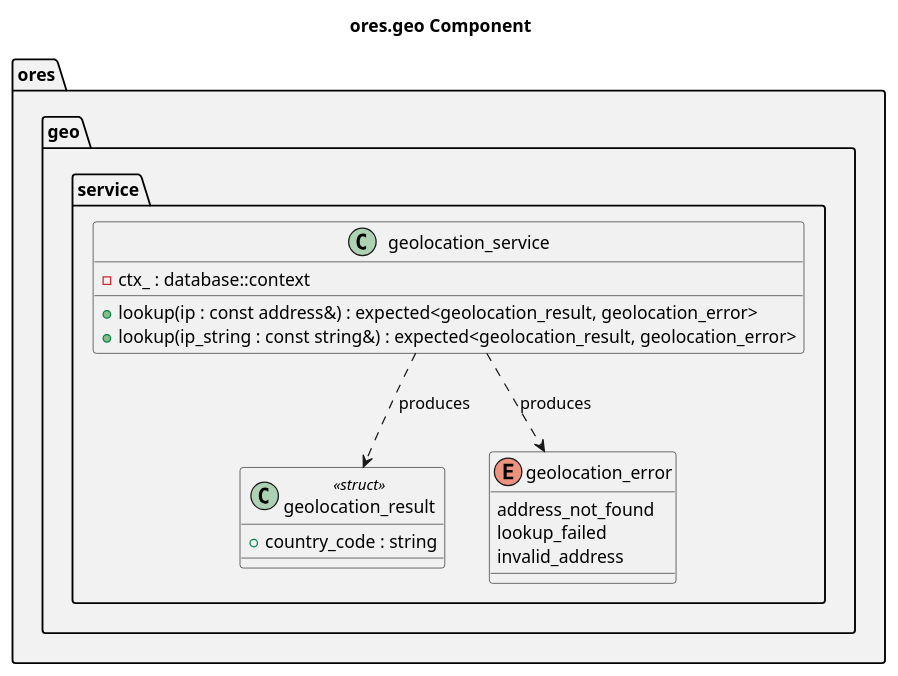
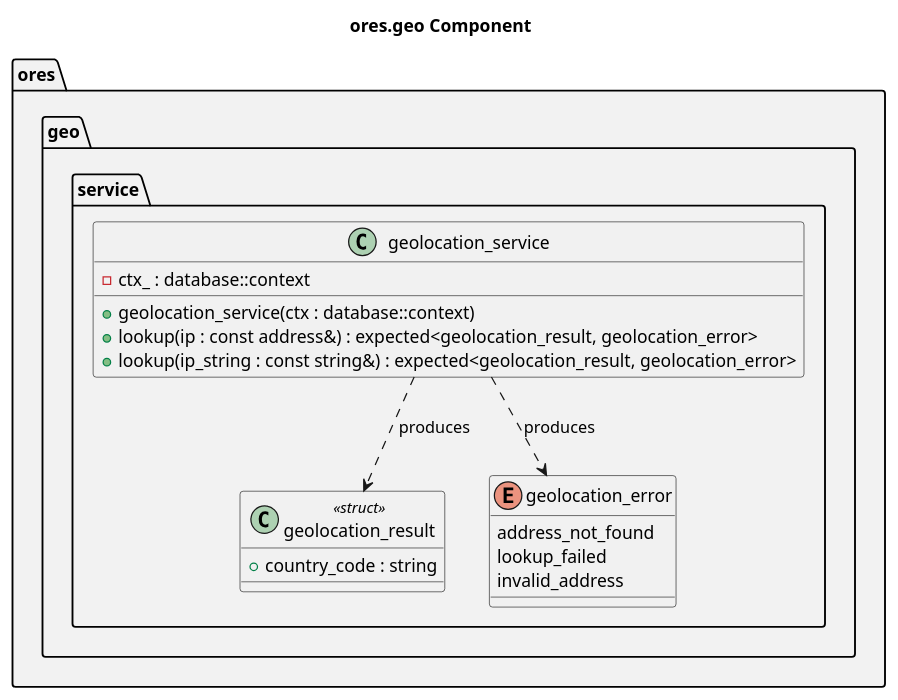
The diagram in projects/ores.geo/modeling/ores.geo.puml (OreStudio/OreStudio), drawn with PlantUML before and after one commit. The commit also changed 1 other file, not shown here.

Commit message:
[geo] Draw the service constructor in the diagram
The service is constructed by ores.http.server, so the constructor is
part of its public surface and belongs in the diagram beside the two
lookups. The image is re-rendered.

Story-ID: 3EF24442-FC51-4024-8E3C-70C814C71BCA
Task-ID: D1BEBBD1-3DAE-4E15-8F0B-D207C8F17302
Environment: eager_maxwell

```diff
--- a/projects/ores.geo/modeling/ores.geo.puml
+++ b/projects/ores.geo/modeling/ores.geo.puml
@@ -18,38 +18,39 @@
 @startuml
 
 title ores.geo Component
 
 set namespaceSeparator ::
 
 namespace ores #F2F2F2 {
     namespace geo #F2F2F2 {
         namespace service #F2F2F2 {
             class geolocation_result <<struct>> {
                 +country_code : string
             }
             enum geolocation_error {
                 address_not_found
                 lookup_failed
                 invalid_address
             }
             class geolocation_service {
                 -ctx_ : database::context
+                +geolocation_service(ctx : database::context)
                 +lookup(ip : const address&) : expected<geolocation_result, geolocation_error>
                 +lookup(ip_string : const string&) : expected<geolocation_result, geolocation_error>
             }
             geolocation_service ..> geolocation_result : produces
             geolocation_service ..> geolocation_error : produces
         }
     }
 }
 
 ' --- manual: everything below this line is hand-authored; the script preserves it ---
 '
 ' A capture run replaces everything above the sentinel with class boxes only.
 ' The lookup methods and the two dependency arrows above it are hand-authored,
 ' so re-add them after running generate_component_puml.py.
 
 ' Local Variables:
 ' compile-command: "java -Djava.awt.headless=true -DPLANTUML_SECURITY_PROFILE=UNSECURE -DPLANTUML_LIMIT_SIZE=65535 -jar /usr/share/plantuml/plantuml.jar ores.geo.puml"
 ' End:
 @enduml
```
